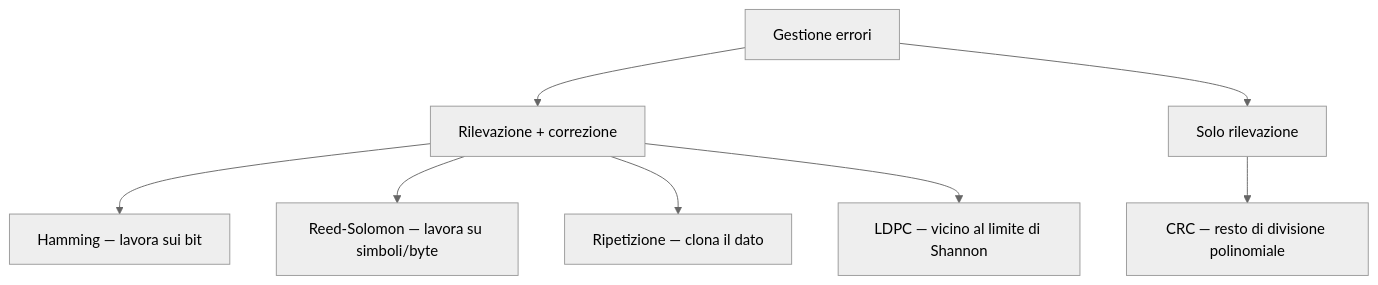
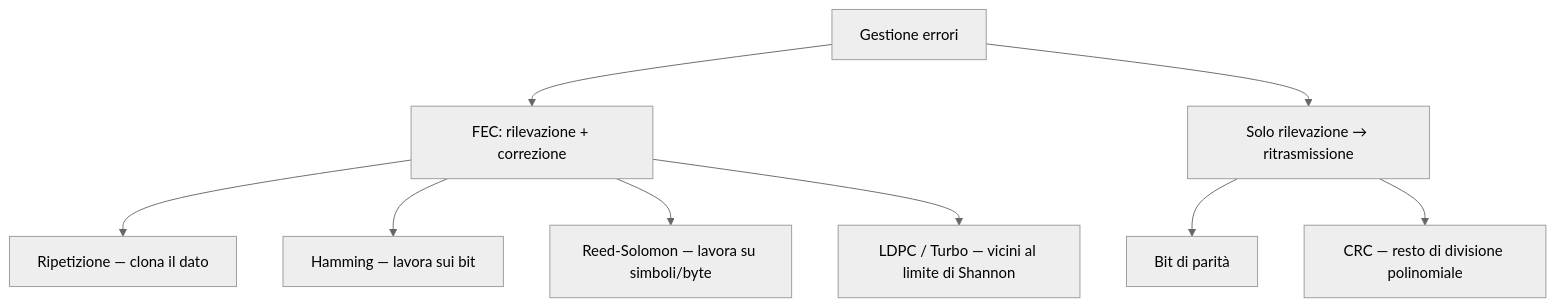
Before and after one commit to Nadaloner/networking: the first of 2 diagrams in Codici di correzione errori (Reed-Solomon, CRC, LDPC).md, drawn with Mermaid (neutral theme). The commit also changed other lines of this file and 3 other files, not shown here.

````diff
--- a/Codici di correzione errori (Reed-Solomon, CRC, LDPC).md
+++ b/Codici di correzione errori (Reed-Solomon, CRC, LDPC).md
@@ -12,10 +15,11 @@
 ```mermaid
 graph TD
-    A[Gestione errori] --> B[Rilevazione + correzione]
-    A --> C[Solo rilevazione]
-    B --> B1[Hamming — lavora sui bit]
-    B --> B2[Reed-Solomon — lavora su simboli/byte]
-    B --> B3[Ripetizione — clona il dato]
-    B --> B4[LDPC — vicino al limite di Shannon]
-    C --> C1[CRC — resto di divisione polinomiale]
+    A[Gestione errori] --> B[FEC: rilevazione + correzione]
+    A --> C[Solo rilevazione → ritrasmissione]
+    B --> B1[Ripetizione — clona il dato]
+    B --> B2[Hamming — lavora sui bit]
+    B --> B3[Reed-Solomon — lavora su simboli/byte]
+    B --> B4[LDPC / Turbo — vicini al limite di Shannon]
+    C --> C1[Bit di parità]
+    C --> C2[CRC — resto di divisione polinomiale]
 ```
````
